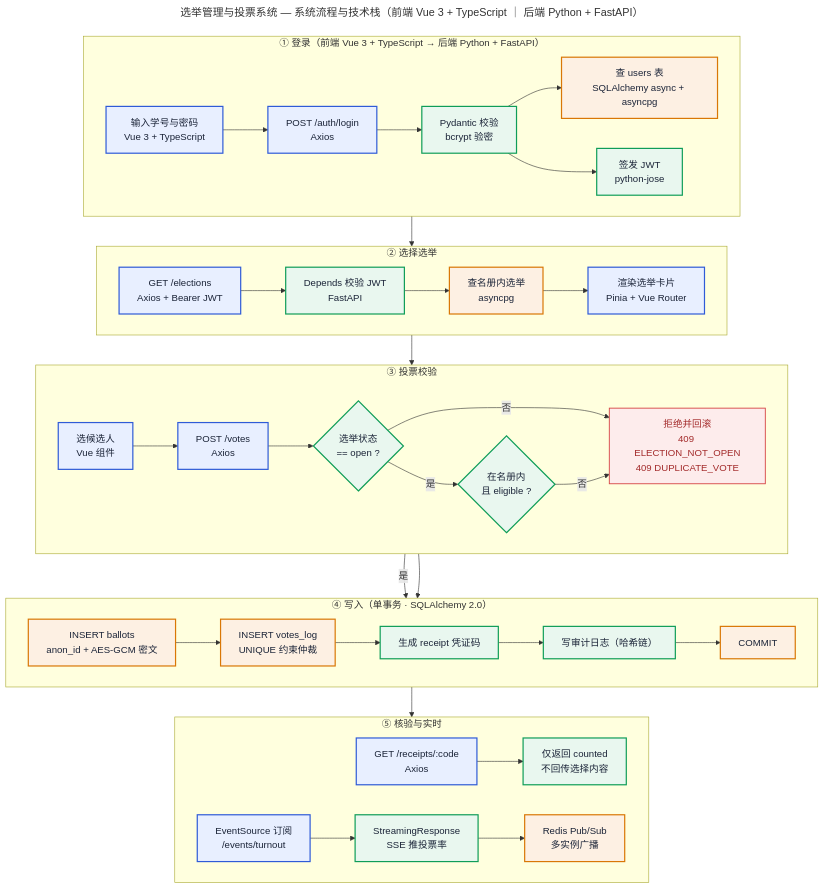
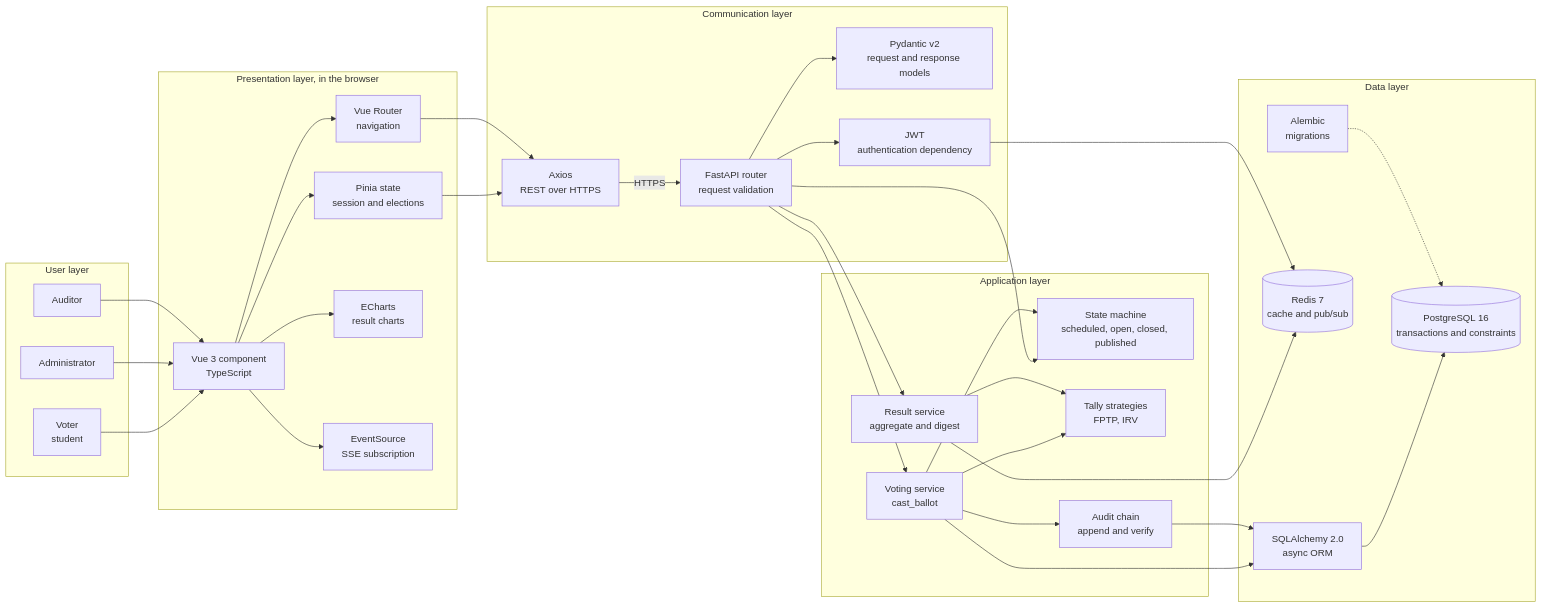
Before and after one commit to David-echo/COMP3500_group_project: the second of 5 diagrams in docs/02-flowchart-with-tech-stack.md, drawn with Mermaid. The commit also changed other lines of this file and 82 other files, not shown here.

First line of the commit message:
docs: translate the repository to English and re-render all diagrams

````diff
--- a/docs/02-flowchart-with-tech-stack.md
+++ b/docs/02-flowchart-with-tech-stack.md
@@ -63,67 +54,64 @@
 ```mermaid
----
-title: 选举管理与投票系统 — 系统流程与技术栈（前端 Vue 3 + TypeScript ｜ 后端 Python + FastAPI）
----
-flowchart TB
-    classDef fe fill:#e8efff,stroke:#2f5bd7,stroke-width:2px,color:#1b2438
-    classDef be fill:#e9f7ef,stroke:#0f9d58,stroke-width:2px,color:#1b2438
-    classDef db fill:#fdf0e3,stroke:#d97706,stroke-width:2px,color:#1b2438
-    classDef err fill:#fdecec,stroke:#d64545,stroke-width:1.5px,color:#a32b2b
-
-    subgraph P1["① 登录（前端 Vue 3 + TypeScript → 后端 Python + FastAPI）"]
-        direction LR
-        A1["输入学号与密码<br/>Vue 3 + TypeScript"]:::fe
-        A2["POST /auth/login<br/>Axios"]:::fe
-        A3["Pydantic 校验<br/>bcrypt 验密"]:::be
-        A4["签发 JWT<br/>python-jose"]:::be
-        A5["查 users 表<br/>SQLAlchemy async + asyncpg"]:::db
-        A1 --> A2 --> A3
-        A3 --> A5
-        A3 --> A4
+flowchart LR
+    subgraph U["User layer"]
+        U1["Voter<br/>student"]
+        U2["Administrator"]
+        U3["Auditor"]
     end
 
-    subgraph P2["② 选择选举"]
-        direction LR
-        B1["GET /elections<br/>Axios + Bearer JWT"]:::fe
-        B2["Depends 校验 JWT<br/>FastAPI"]:::be
-        B3["查名册内选举<br/>asyncpg"]:::db
-        B4["渲染选举卡片<br/>Pinia + Vue Router"]:::fe
-        B1 --> B2 --> B3 --> B4
+    subgraph P["Presentation layer, in the browser"]
+        P1["Vue 3 component<br/>TypeScript"]
+        P2["Pinia state<br/>session and elections"]
+        P3["Vue Router<br/>navigation"]
+        P4["ECharts<br/>result charts"]
+        P5["EventSource<br/>SSE subscription"]
     end
 
-    subgraph P3["③ 投票校验"]
-        direction LR
-        C1["选候选人<br/>Vue 组件"]:::fe
-        C2["POST /votes<br/>Axios"]:::fe
-        C3{"选举状态<br/>== open ?"}:::be
-        C4{"在名册内<br/>且 eligible ?"}:::be
-        X["拒绝并回滚<br/>409 ELECTION_NOT_OPEN<br/>409 DUPLICATE_VOTE"]:::err
-        C1 --> C2 --> C3 -->|是| C4
-        C3 -->|否| X
-        C4 -->|否| X
+    subgraph C["Communication layer"]
+        C1["Axios<br/>REST over HTTPS"]
+        C2["FastAPI router<br/>request validation"]
+        C3["Pydantic v2<br/>request and response models"]
+        C4["JWT<br/>authentication dependency"]
     end
 
-    subgraph P4["④ 写入（单事务 · SQLAlchemy 2.0）"]
-        direction LR
-        C5["INSERT ballots<br/>anon_id + AES-GCM 密文"]:::db
-        C6["INSERT votes_log<br/>UNIQUE 约束仲裁"]:::db
-        C7["生成 receipt 凭证码"]:::be
-        C8["写审计日志（哈希链）"]:::be
-        C9["COMMIT"]:::db
-        C5 --> C6 --> C7 --> C8 --> C9
+    subgraph A["Application layer"]
+        A1["Voting service<br/>cast_ballot"]
+        A2["State machine<br/>scheduled, open, closed, published"]
+        A3["Tally strategies<br/>FPTP, IRV"]
+        A4["Audit chain<br/>append and verify"]
+        A5["Result service<br/>aggregate and digest"]
     end
 
-    subgraph P5["⑤ 核验与实时"]
-        direction LR
-        D1["GET /receipts/:code<br/>Axios"]:::fe
-        D2["仅返回 counted<br/>不回传选择内容"]:::be
-        D3["EventSource 订阅<br/>/events/turnout"]:::fe
-        D4["StreamingResponse<br/>SSE 推投票率"]:::be
-        D5["Redis Pub/Sub<br/>多实例广播"]:::db
-        D1 --> D2
-        D3 --> D4 --> D5
+    subgraph D["Data layer"]
+        D1["SQLAlchemy 2.0<br/>async ORM"]
+        D2[("PostgreSQL 16<br/>transactions and constraints")]
+        D3[("Redis 7<br/>cache and pub/sub")]
+        D4["Alembic<br/>migrations"]
     end
 
-    P1 --> P2 --> P3 --> P4 --> P5
-    C4 -->|是| C5
+    U1 --> P1
+    U2 --> P1
+    U3 --> P1
+    P1 --> P2
+    P1 --> P3
+    P1 --> P4
+    P1 --> P5
+    P2 --> C1
+    P3 --> C1
+    C1 -->|HTTPS| C2
+    C2 --> C3
+    C2 --> C4
+    C2 --> A1
+    C2 --> A2
+    C2 --> A5
+    A1 --> A2
+    A1 --> A4
+    A1 --> A3
+    A5 --> A3
+    A1 --> D1
+    A4 --> D1
+    D1 --> D2
+    A5 --> D3
+    C4 --> D3
+    D4 -.-> D2
 ```
````
